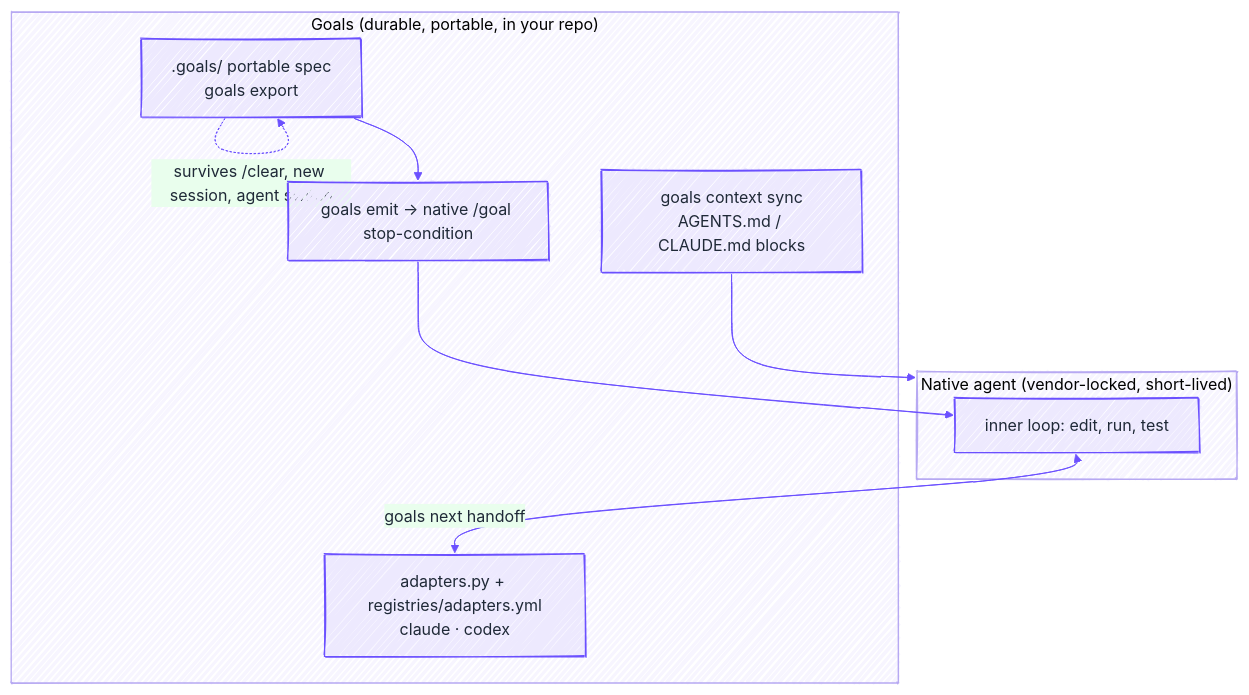
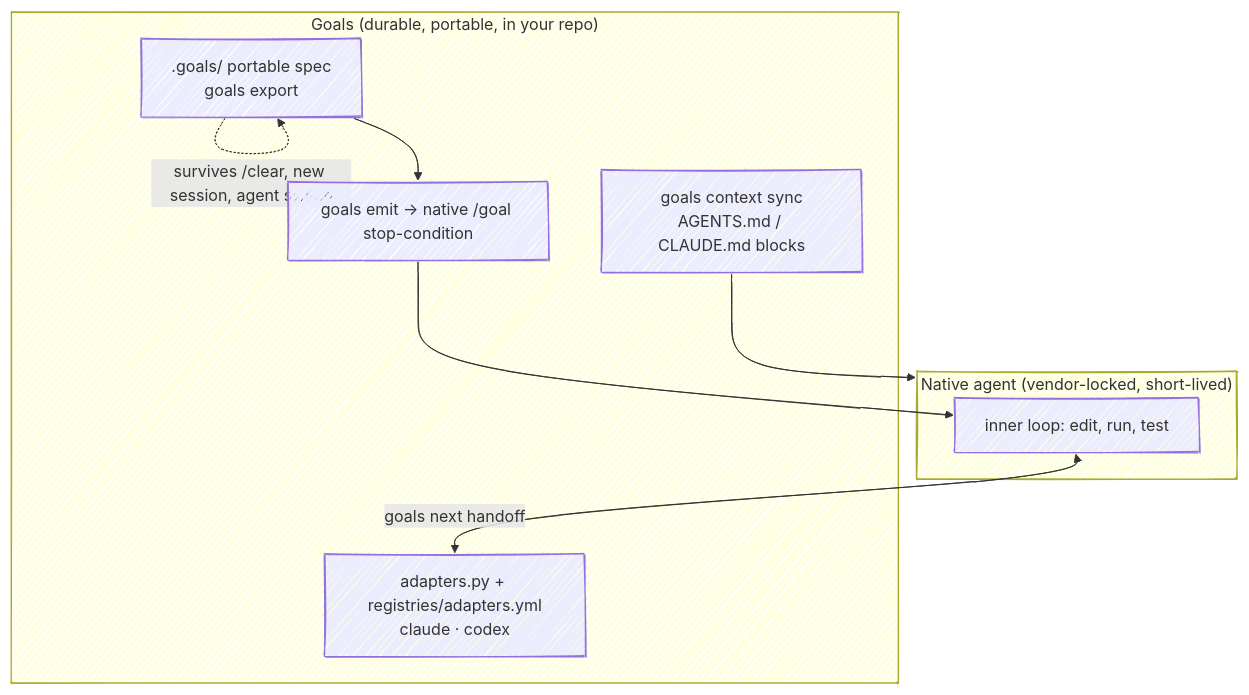
Before and after one commit to ShivamGupta42/goals: the fourth of 4 diagrams in docs/architecture.md, drawn with Mermaid. The commit also changed other lines of this file and 1 other file, not shown here.

First line of the commit message:
docs: make hand-drawn diagrams readable

````diff
--- a/docs/architecture.md
+++ b/docs/architecture.md
@@ -183,29 +159,21 @@
 ```mermaid
 ---
 config:
   look: handDrawn
-  theme: base
-  themeVariables:
-    primaryColor: "#EDE9FE"
-    primaryBorderColor: "#6B50FF"
-    primaryTextColor: "#1F2937"
-    lineColor: "#6B50FF"
-    clusterBkg: "#F7F5FF"
-    clusterBorder: "#B7A9F2"
-    fontFamily: "Comic Sans MS, Segoe Print, Bradley Hand, cursive"
+  theme: default
 ---
 flowchart TB
     subgraph native["Native agent (vendor-locked, short-lived)"]
         loopN["inner loop: edit, run, test"]
     end
     subgraph goals["Goals (durable, portable, in your repo)"]
         spec[".goals/ portable spec<br/>goals export"]
         emit["goals emit → native /goal stop-condition"]
         ctx["goals context sync<br/>AGENTS.md / CLAUDE.md blocks"]
         adapt["adapters.py + registries/adapters.yml<br/>claude · codex"]
     end
     loopN <-->|"goals next handoff"| adapt
     spec --> emit --> loopN
     ctx --> native
     spec -.survives /clear, new session, agent switch.-> spec
 ```
````
